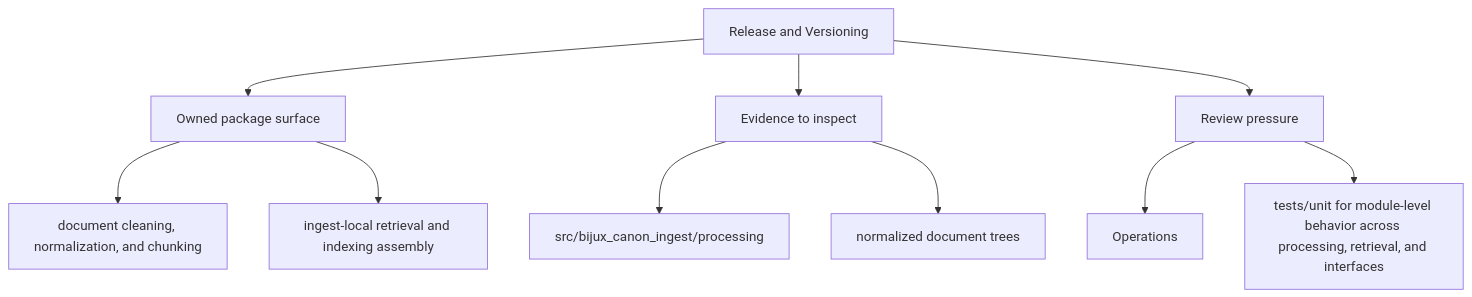
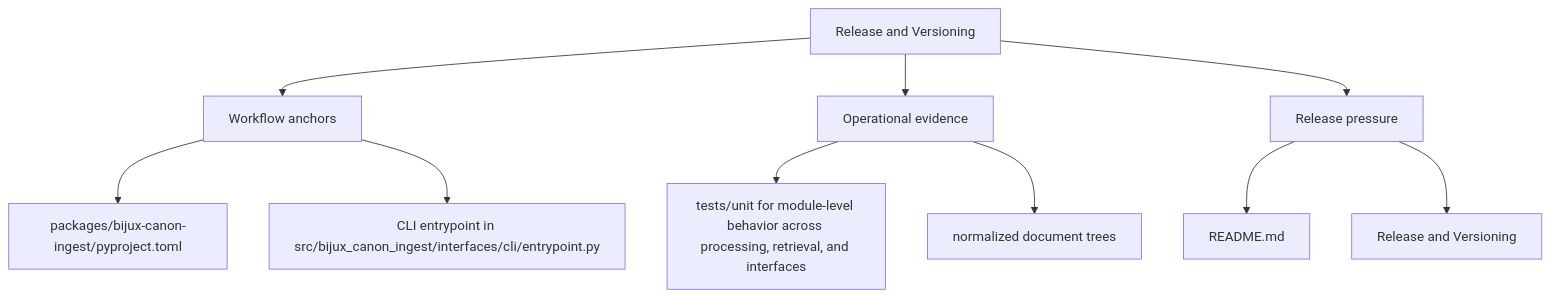
One commit to bijux/bijux-canon changed the second of 2 diagrams in docs/bijux-canon-ingest/operations/release-and-versioning.md. Above: the diagram before and after it, drawn with Mermaid. The commit also changed other lines of this file and 250 other files, not shown here.

Commit message:
docs(diagrams): make product page maps more readable

````diff
--- a/docs/bijux-canon-ingest/operations/release-and-versioning.md
+++ b/docs/bijux-canon-ingest/operations/release-and-versioning.md
@@ -35,22 +35,22 @@
 ```mermaid
 flowchart TD
     page["Release and Versioning"]
-    focus1["Owned package surface"]
+    focus1["Workflow anchors"]
     page --> focus1
-    focus1_1["document cleaning, normalization, and chunking"]
+    focus1_1["packages/bijux-canon-ingest/pyproject.toml"]
     focus1 --> focus1_1
-    focus1_2["ingest-local retrieval and indexing assembly"]
+    focus1_2["CLI entrypoint in src/bijux_canon_ingest/interfaces/cli/entrypoint.py"]
     focus1 --> focus1_2
-    focus2["Evidence to inspect"]
+    focus2["Operational evidence"]
     page --> focus2
-    focus2_1["src/bijux_canon_ingest/processing"]
+    focus2_1["tests/unit for module-level behavior across processing, retrieval, and interfaces"]
     focus2 --> focus2_1
     focus2_2["normalized document trees"]
     focus2 --> focus2_2
-    focus3["Review pressure"]
+    focus3["Release pressure"]
     page --> focus3
-    focus3_1["Operations"]
+    focus3_1["README.md"]
     focus3 --> focus3_1
-    focus3_2["tests/unit for module-level behavior across processing, retrieval, and interfaces"]
+    focus3_2["Release and Versioning"]
     focus3 --> focus3_2
 ```
````
